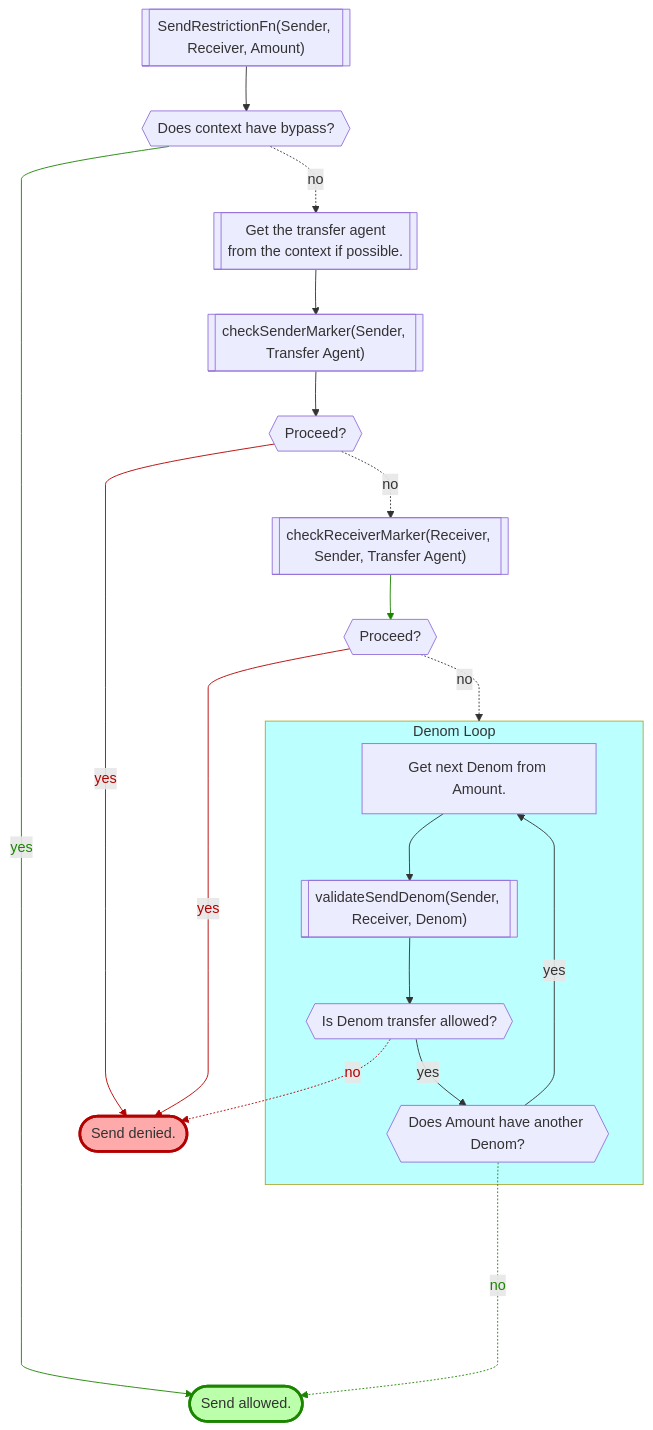
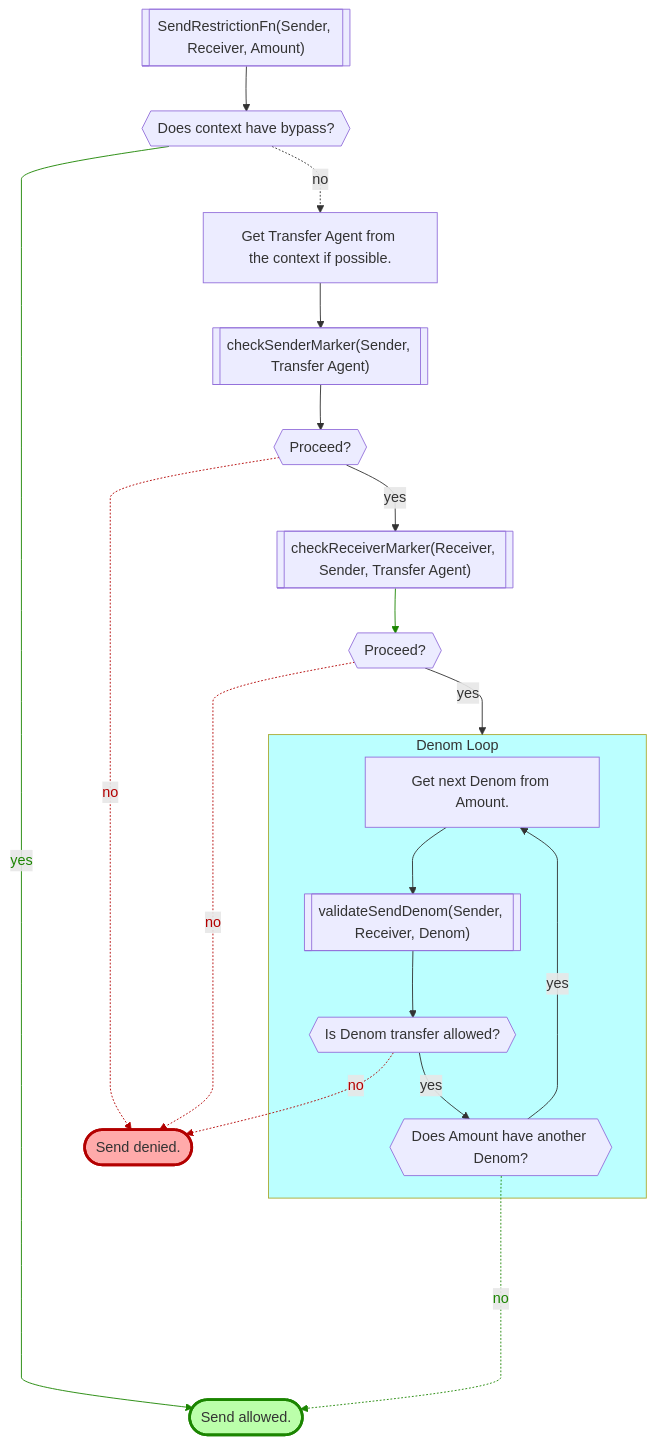
One commit to provenance-io/provenance changed the first of 8 diagrams in x/marker/spec/12_transfers.md. Above: the diagram before and after it, drawn with Mermaid. The commit also changed other lines of this file and 3 other files, not shown here.

Commit message:
[1834]: Some tweaks to the spec docs to fix some typos, grammer, and flowchart stuff.

````diff
--- a/x/marker/spec/12_transfers.md
+++ b/x/marker/spec/12_transfers.md
@@ -105,41 +105,41 @@
 ```mermaid
 %%{ init: { 'flowchart': { 'curve': 'monotoneY'} } }%%
 flowchart TD
     start[["SendRestrictionFn(Sender, Receiver, Amount)"]]
     qhasbp{{"Does context have bypass?"}}
-    gta[["Get the transfer agent\nfrom the context if possible."]]
+    gta["Get Transfer Agent from the context if possible."]
     csm[["checkSenderMarker(Sender, Transfer Agent)"]]
-    issmbad{{"Proceed?"}}
+    issmok{{"Proceed?"}}
     crm[["checkReceiverMarker(Receiver, Sender, Transfer Agent)"]]
-    isrmbad{{"Proceed?"}}
+    isrmok{{"Proceed?"}}
     nextd["Get next Denom from Amount."]
     vsd[["validateSendDenom(Sender, Receiver, Denom)"]]
     isdok{{"Is Denom transfer allowed?"}}
     mored{{"Does Amount have another Denom?"}}
     ok(["Send allowed."])
     style ok fill:#bbffaa,stroke:#1b8500,stroke-width:3px
     denied(["Send denied."])
     style denied fill:#ffaaaa,stroke:#b30000,stroke-width:3px
     start --> qhasbp
     qhasbp ------>|yes| ok
     qhasbp -.->|no| gta
     gta --> csm
-    csm --> issmbad
-    issmbad -->|yes| denied
-    issmbad -.->|no| crm
-    crm --> isrmbad
-    isrmbad --->|yes| denied
-    isrmbad -.->|no| denomloop
+    csm --> issmok
+    issmok -->|yes| crm
+    issmok -.->|no| denied
+    crm --> isrmok
+    isrmok -->|yes| denomloop
+    isrmok -.->|no| denied
     subgraph denomloop ["Denom Loop"]
     isdok -->|yes| mored
     vsd --> isdok
     mored -->|yes| nextd
     nextd --> vsd
     end
     mored -....->|no| ok
     isdok -.->|no| denied
 
     style denomloop fill:#bbffff
-    linkStyle 5,8,15 stroke:#b30000,color:#b30000
+    linkStyle 6,9,15 stroke:#b30000,color:#b30000
     linkStyle 1,7,14 stroke:#1b8500,color:#1b8500
 ```
````
